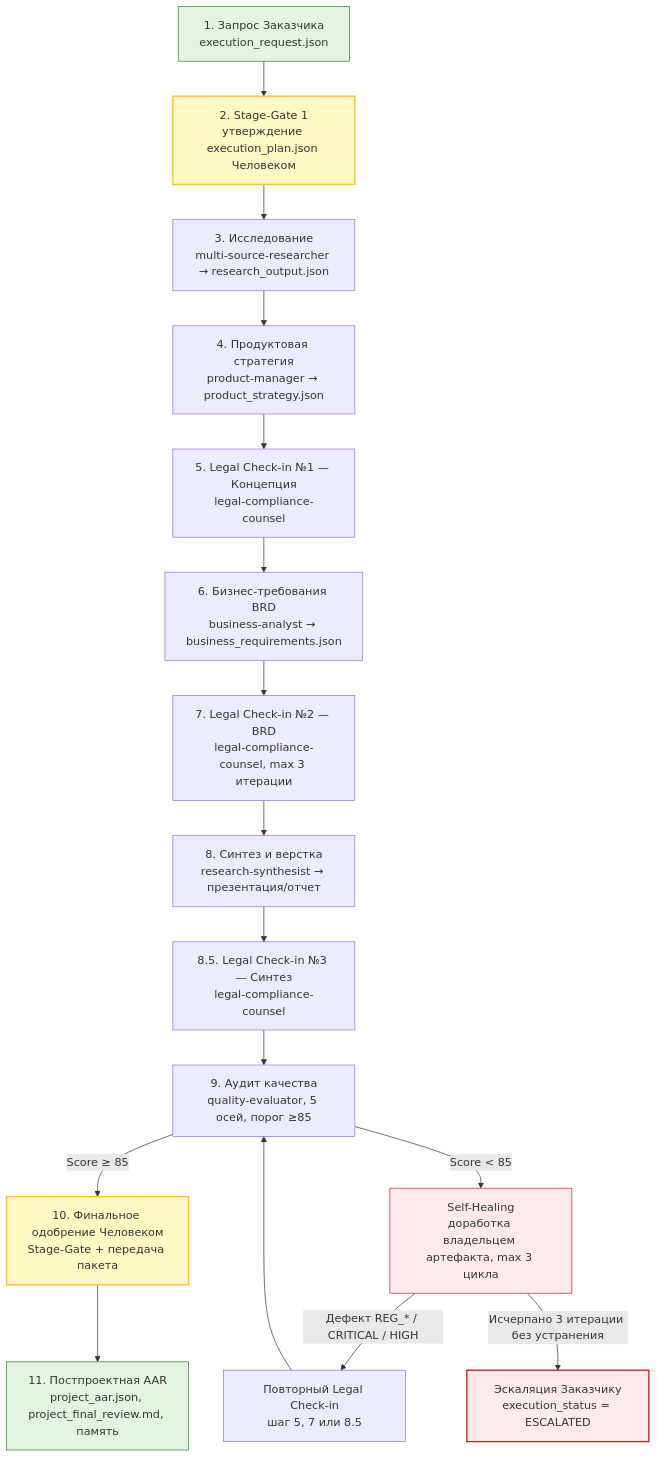
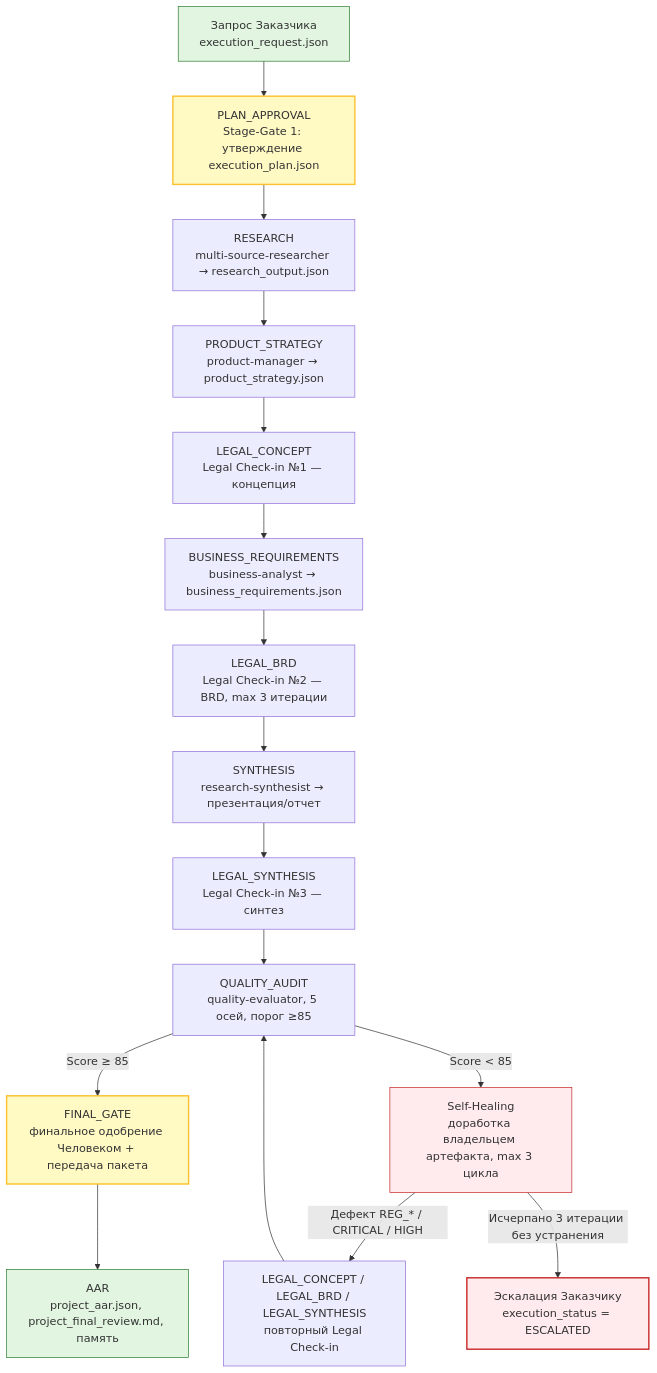
The diagram in docs/diagrams/dag-workflow.mmd (DenisZakharov2/hermes-protocol-team), drawn with Mermaid before and after one commit. The commit also changed 13 other files, not shown here.

```diff
--- a/docs/diagrams/dag-workflow.mmd
+++ b/docs/diagrams/dag-workflow.mmd
@@ -1,34 +1,34 @@
 %% DAG workflow — сценарий исполнения проекта Hermes Protocol
 
 flowchart TB
-    A[1. Запрос Заказчика<br/>execution_request.json] --> B[2. Stage-Gate 1<br/>утверждение execution_plan.json Человеком]
+    A[Запрос Заказчика<br/>execution_request.json] --> B[PLAN_APPROVAL<br/>Stage-Gate 1: утверждение execution_plan.json]
 
-    B --> C[3. Исследование<br/>multi-source-researcher → research_output.json]
-    C --> D[4. Продуктовая стратегия<br/>product-manager → product_strategy.json]
-    D --> E[5. Legal Check-in №1 — Концепция<br/>legal-compliance-counsel]
+    B --> C[RESEARCH<br/>multi-source-researcher → research_output.json]
+    C --> D[PRODUCT_STRATEGY<br/>product-manager → product_strategy.json]
+    D --> E[LEGAL_CONCEPT<br/>Legal Check-in №1 — концепция]
 
-    E --> F[6. Бизнес-требования BRD<br/>business-analyst → business_requirements.json]
-    F --> G[7. Legal Check-in №2 — BRD<br/>legal-compliance-counsel, max 3 итерации]
+    E --> F[BUSINESS_REQUIREMENTS<br/>business-analyst → business_requirements.json]
+    F --> G[LEGAL_BRD<br/>Legal Check-in №2 — BRD, max 3 итерации]
 
-    G --> H[8. Синтез и верстка<br/>research-synthesist → презентация/отчет]
-    H --> H2[8.5. Legal Check-in №3 — Синтез<br/>legal-compliance-counsel]
+    G --> H[SYNTHESIS<br/>research-synthesist → презентация/отчет]
+    H --> H2[LEGAL_SYNTHESIS<br/>Legal Check-in №3 — синтез]
 
-    H2 --> I[9. Аудит качества<br/>quality-evaluator, 5 осей, порог ≥85]
+    H2 --> I[QUALITY_AUDIT<br/>quality-evaluator, 5 осей, порог ≥85]
 
-    I -->|Score ≥ 85| J[10. Финальное одобрение Человеком<br/>Stage-Gate + передача пакета]
+    I -->|Score ≥ 85| J[FINAL_GATE<br/>финальное одобрение Человеком + передача пакета]
 
     I -->|Score < 85| K[Self-Healing<br/>доработка владельцем артефакта, max 3 цикла]
 
-    K -->|Дефект REG_* / CRITICAL / HIGH| L[Повторный Legal Check-in<br/>шаг 5, 7 или 8.5]
+    K -->|Дефект REG_* / CRITICAL / HIGH| L[LEGAL_CONCEPT / LEGAL_BRD / LEGAL_SYNTHESIS<br/>повторный Legal Check-in]
     L --> I
 
-    K -->|Исчерпано 3 итерации без устранения| M[Эскаляция Заказчику<br/>execution_status = ESCALATED]
+    K -->|Исчерпано 3 итерации без устранения| M[Эскалация Заказчику<br/>execution_status = ESCALATED]
 
-    J --> N[11. Постпроектная AAR<br/>project_aar.json, project_final_review.md, память]
+    J --> N[AAR<br/>project_aar.json, project_final_review.md, память]
 
     style A fill:#e1f5e1,stroke:#2e7d32
     style B fill:#fff9c4,stroke:#fbc02d,stroke-width:2px
     style J fill:#fff9c4,stroke:#fbc02d,stroke-width:2px
     style N fill:#e1f5e1,stroke:#2e7d32
     style M fill:#ffebee,stroke:#c62828,stroke-width:2px
     style K fill:#ffebee,stroke:#c62828
```
